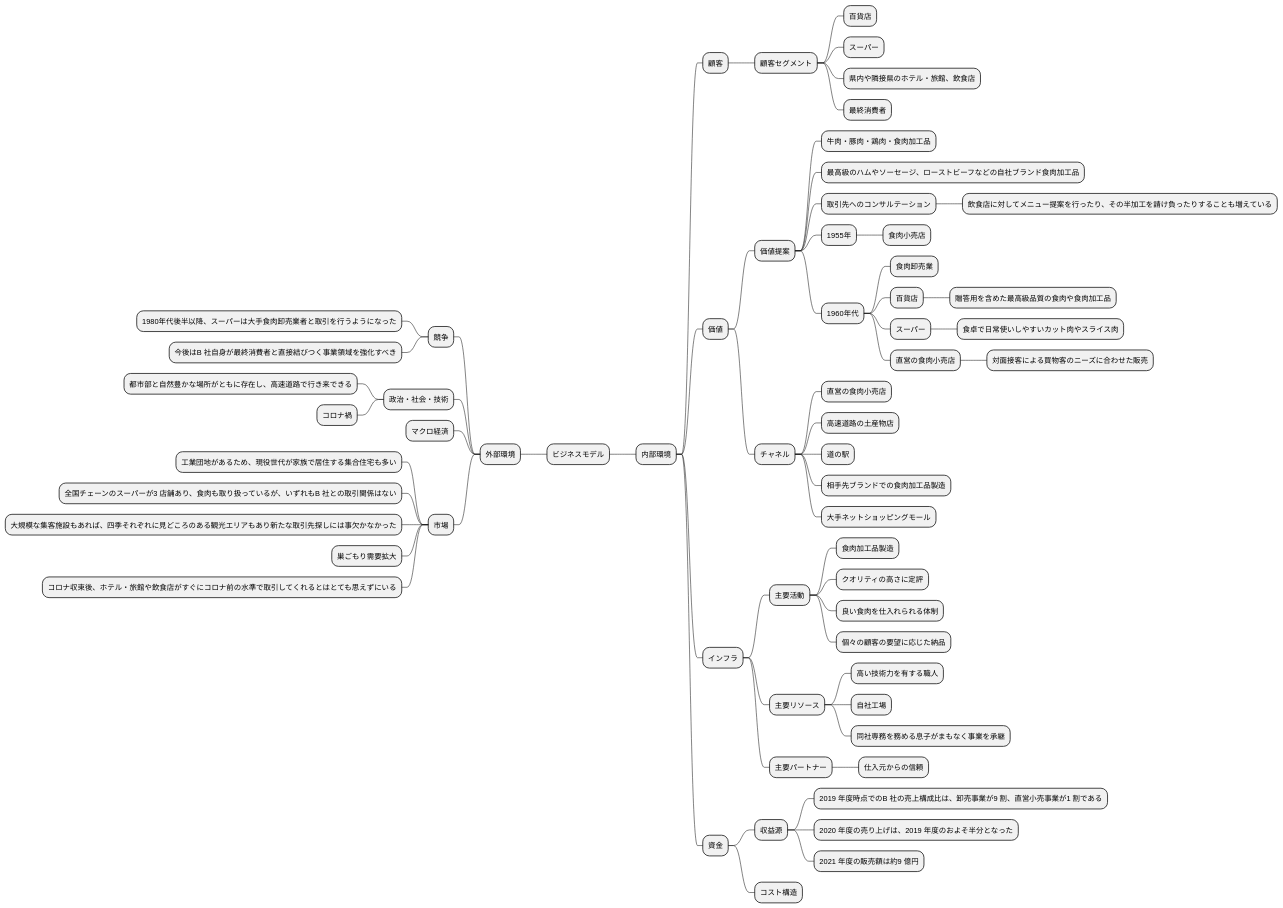
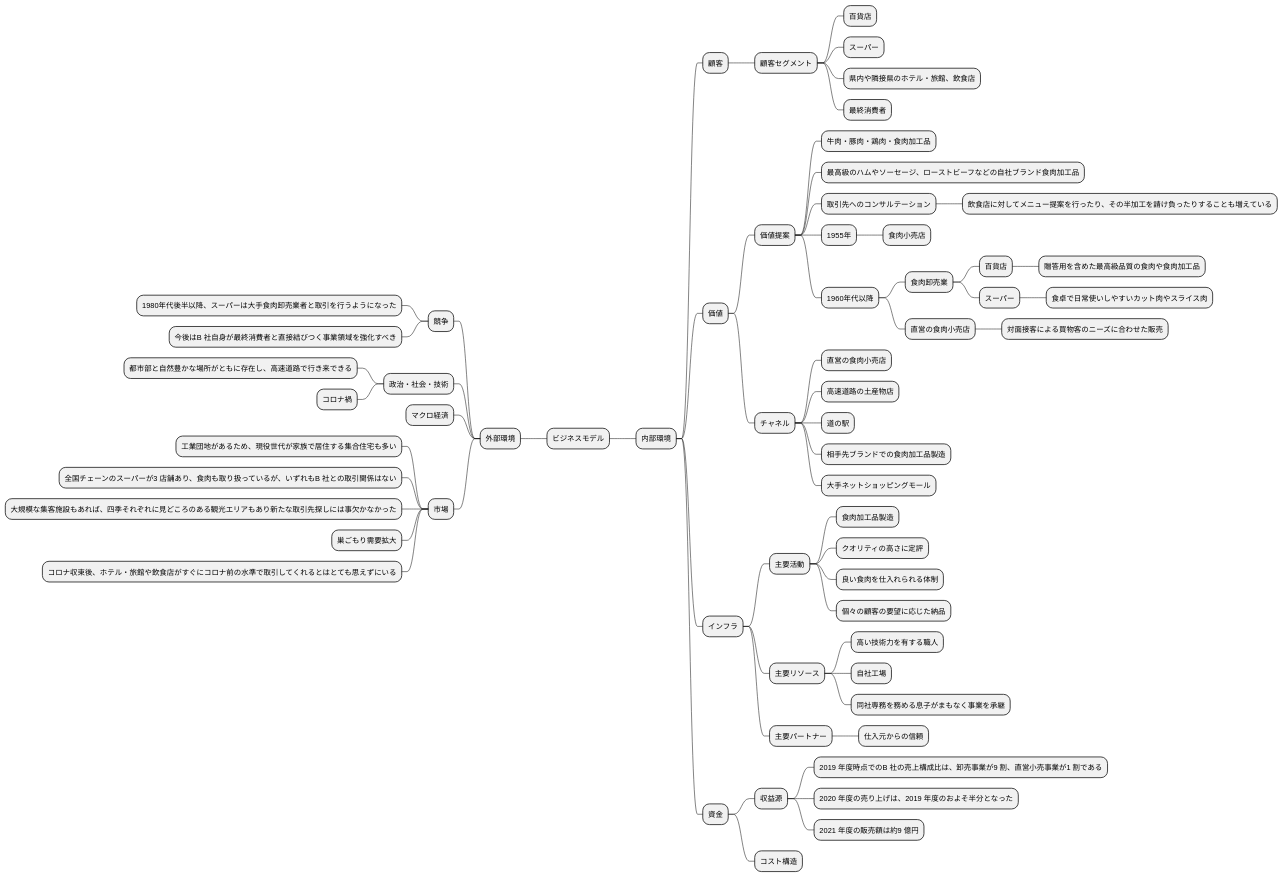
Before and after one commit to k2works/requirements_definition_excercise: the second of 3 diagrams in docs/R04/study/study_2_take01.md, drawn with PlantUML. The commit also changed other lines of this file, not shown here.

````diff
--- a/docs/R04/study/study_2_take01.md
+++ b/docs/R04/study/study_2_take01.md
@@ -77,66 +77,66 @@
 ```plantuml
 @startmindmap
 * ビジネスモデル
 -- 外部環境
 --- 競争
 ---- 1980年代後半以降、スーパーは大手食肉卸売業者と取引を行うようになった
 ---- 今後はB 社自身が最終消費者と直接結びつく事業領域を強化すべき
 --- 政治・社会・技術
 ---- 都市部と自然豊かな場所がともに存在し、高速道路で行き来できる
 ---- コロナ禍
 --- マクロ経済
 --- 市場
 ---- 工業団地があるため、現役世代が家族で居住する集合住宅も多い
 ---- 全国チェーンのスーパーが3 店舗あり、食肉も取り扱っているが、いずれもB 社との取引関係はない
 ---- 大規模な集客施設もあれば、四季それぞれに見どころのある観光エリアもあり新たな取引先探しには事欠かなかった
 ---- 巣ごもり需要拡大
 ---- コロナ収束後、ホテル・旅館や飲食店がすぐにコロナ前の水準で取引してくれるとはとても思えずにいる
 ** 内部環境
 *** 顧客
 **** 顧客セグメント
 ***** 百貨店
 ***** スーパー
 ***** 県内や隣接県のホテル・旅館、飲食店
 ***** 最終消費者
 *** 価値
 **** 価値提案
 ***** 牛肉・豚肉・鶏肉・食肉加工品
 ***** 最高級のハムやソーセージ、ローストビーフなどの自社ブランド食肉加工品
 ***** 取引先へのコンサルテーション
 ****** 飲食店に対してメニュー提案を行ったり、その半加工を請け負ったりすることも増えている
 ***** 1955年
 ****** 食肉小売店
-***** 1960年代
+***** 1960年代以降
 ****** 食肉卸売業
-****** 百貨店
-******* 贈答用を含めた最高級品質の食肉や食肉加工品
-****** スーパー
-******* 食卓で日常使いしやすいカット肉やスライス肉
+******* 百貨店
+******** 贈答用を含めた最高級品質の食肉や食肉加工品
+******* スーパー
+******** 食卓で日常使いしやすいカット肉やスライス肉
 ****** 直営の食肉小売店
 ******* 対面接客による買物客のニーズに合わせた販売
 **** チャネル
 ***** 直営の食肉小売店
 ***** 高速道路の土産物店
 ***** 道の駅
 ***** 相手先ブランドでの食肉加工品製造
 ***** 大手ネットショッピングモール
 *** インフラ
 **** 主要活動
 ***** 食肉加工品製造
 ***** クオリティの高さに定評
 ***** 良い食肉を仕入れられる体制
 ***** 個々の顧客の要望に応じた納品
 **** 主要リソース
 ***** 高い技術力を有する職人
 ***** 自社工場
 ***** 同社専務を務める息子がまもなく事業を承継
 **** 主要パートナー
 ***** 仕入元からの信頼
 *** 資金
 **** 収益源
 ***** 2019 年度時点でのB 社の売上構成比は、卸売事業が9 割、直営小売事業が1 割である
 ***** 2020 年度の売り上げは、2019 年度のおよそ半分となった
 ***** 2021 年度の販売額は約9 億円
 **** コスト構造
 @endmindmap
 ```
````
